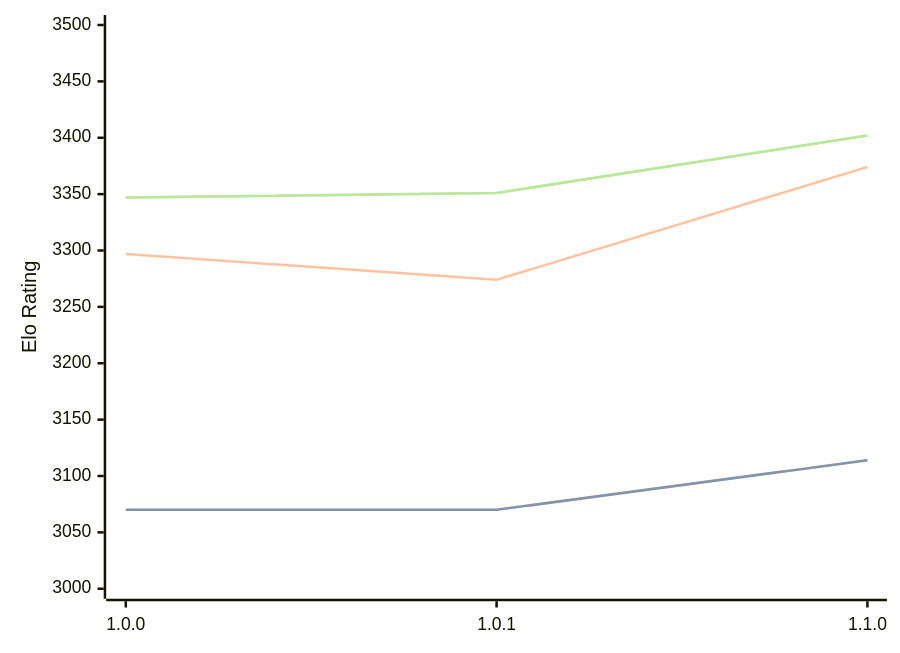
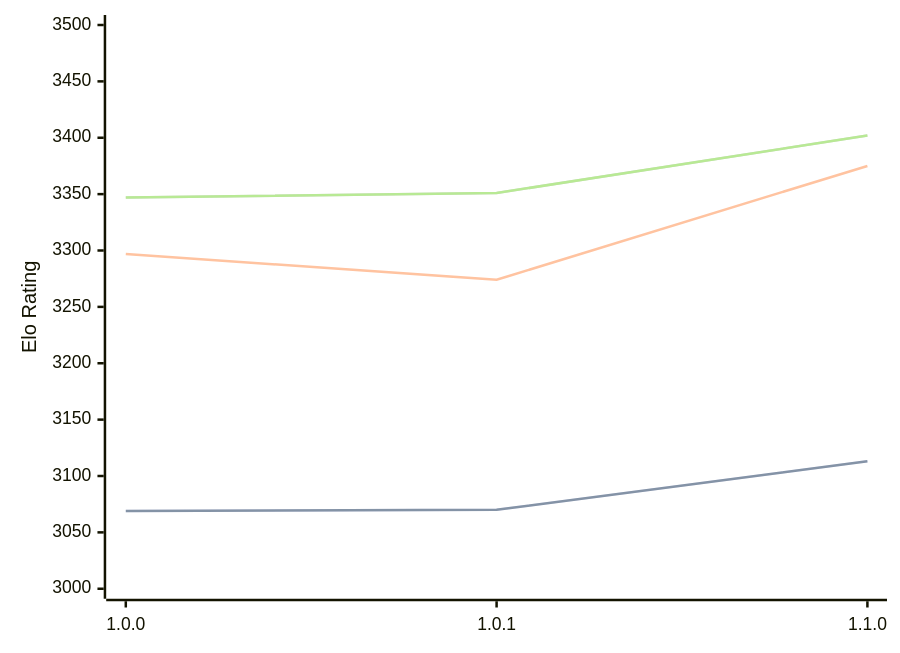
One commit to computer-chess-index/cci changed the diagram in engines/Ursus.md. Above: the diagram before and after it, drawn with Mermaid. The commit also changed other lines of this file, not shown here.

````diff
--- a/engines/Ursus.md
+++ b/engines/Ursus.md
@@ -33,11 +33,11 @@
 ```mermaid
 %%{init: {"theme":"base","themeVariables":{"seriesColors:['#a3a3a3','#222221','#faa371']}}}%%
 xychart-beta
   x-axis ["1.0.0", "1.0.1", "1.1.0"]
   y-axis "Elo Rating" 3000 --> 3500
-  line "" [3070, 3070, 3114]
-  line "STC (8.0+0.08s)" [3070, 3070, 3114]
-  line "LTC (60.0+0.60s)" [3297, 3274, 3374]
+  line "" [3069, 3070, 3113]
+  line "STC (8.0+0.08s)" [3069, 3070, 3113]
+  line "LTC (60.0+0.60s)" [3297, 3274, 3375]
   line "" [3347, 3351, 3402]
   line "VLTC (2m24s+1.12s)" [3347, 3351, 3402]
 ```
````
